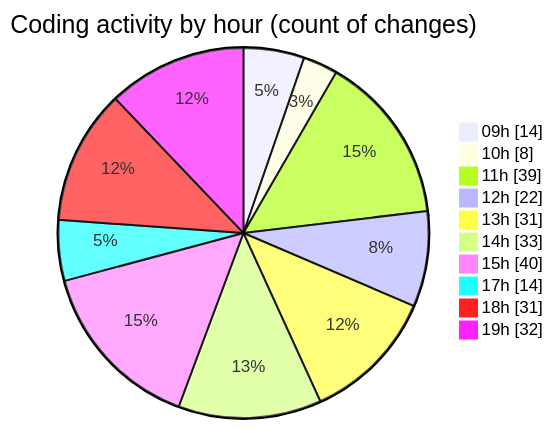
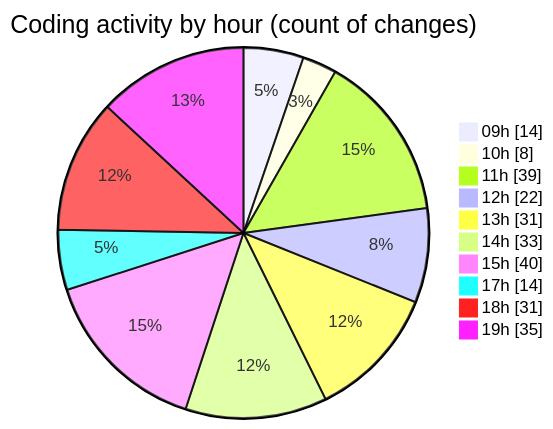
Before and after one commit to momahboobian/code-tracking: the second of 2 diagrams in 2025-02-07/cda/README.md, drawn with Mermaid. The commit also changed other lines of this file and 1 other file, not shown here.

````diff
--- a/2025-02-07/cda/README.md
+++ b/2025-02-07/cda/README.md
@@ -72,14 +72,14 @@
 ```mermaid
 pie showData
 title Coding activity by hour (count of changes)
 "09h" : 14
 "10h" : 8
 "11h" : 39
 "12h" : 22
 "13h" : 31
 "14h" : 33
 "15h" : 40
 "17h" : 14
 "18h" : 31
-"19h" : 32
+"19h" : 35
 ```
````
